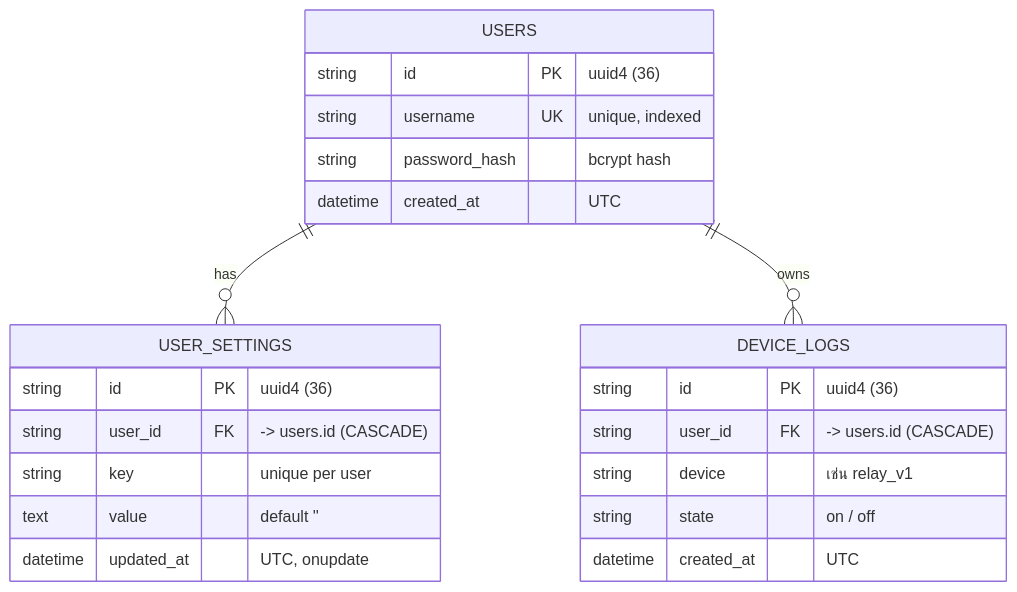
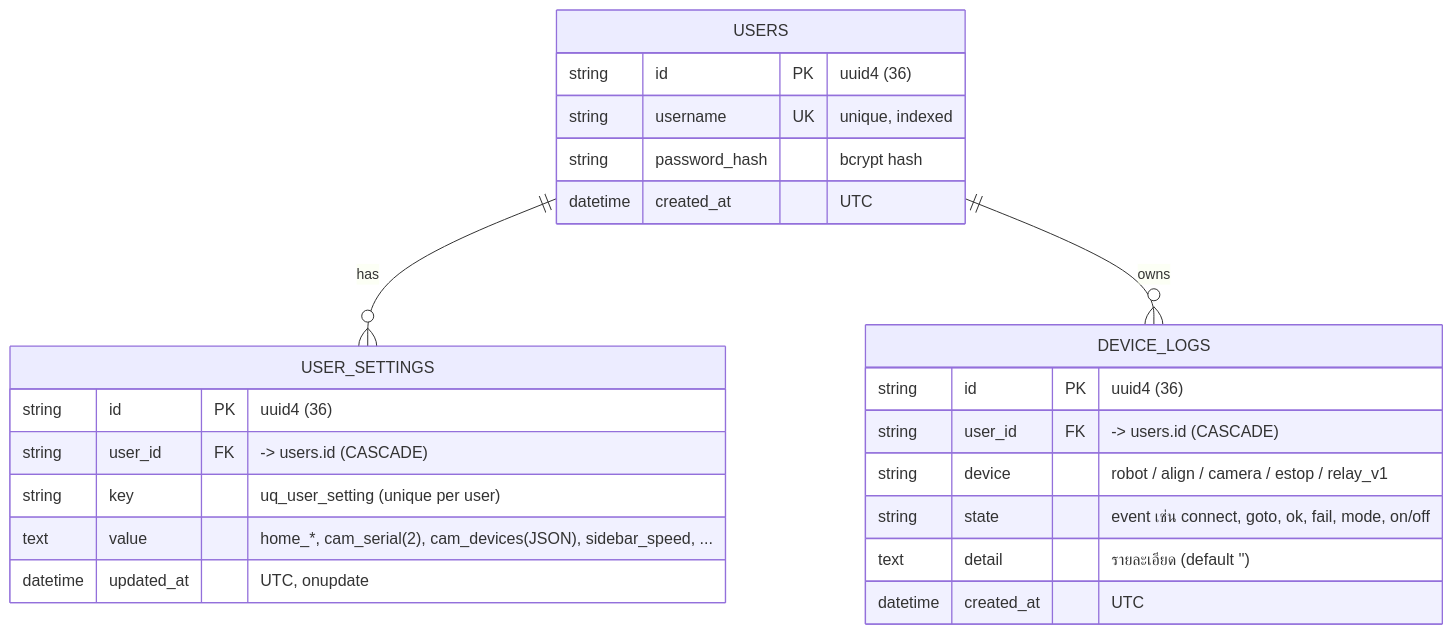
The diagram in DATABASE.md (RobotGuiding101/web_robot), drawn with Mermaid before and after one commit. The commit also changed other lines of this file and 6 other files, not shown here.

First line of the commit message:
Persist per-user settings + camera selection; refresh docs

````diff
--- a/DATABASE.md
+++ b/DATABASE.md
@@ -11,26 +11,27 @@
 ```mermaid
 erDiagram
     USERS ||--o{ USER_SETTINGS : "has"
     USERS ||--o{ DEVICE_LOGS : "owns"
 
     USERS {
         string   id            PK "uuid4 (36)"
         string   username      UK "unique, indexed"
         string   password_hash    "bcrypt hash"
         datetime created_at       "UTC"
     }
     USER_SETTINGS {
         string   id         PK "uuid4 (36)"
         string   user_id    FK "-> users.id (CASCADE)"
-        string   key           "unique per user"
-        text     value         "default ''"
+        string   key           "uq_user_setting (unique per user)"
+        text     value         "home_*, cam_serial(2), cam_devices(JSON), sidebar_speed, ..."
         datetime updated_at    "UTC, onupdate"
     }
     DEVICE_LOGS {
         string   id         PK "uuid4 (36)"
         string   user_id    FK "-> users.id (CASCADE)"
-        string   device        "เช่น relay_v1"
-        string   state         "on / off"
+        string   device        "robot / align / camera / estop / relay_v1"
+        string   state         "event เช่น connect, goto, ok, fail, mode, on/off"
+        text     detail        "รายละเอียด (default '')"
         datetime created_at    "UTC"
     }
 ```
````
